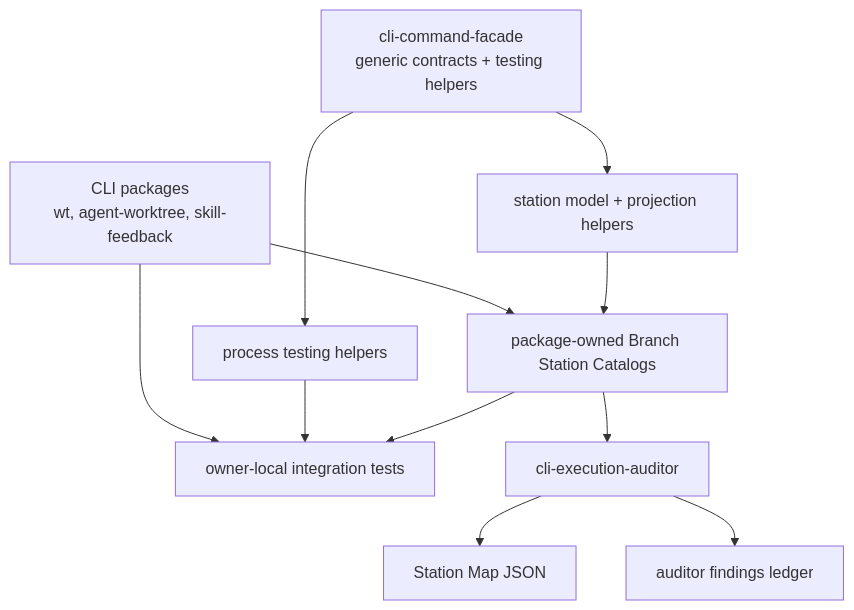
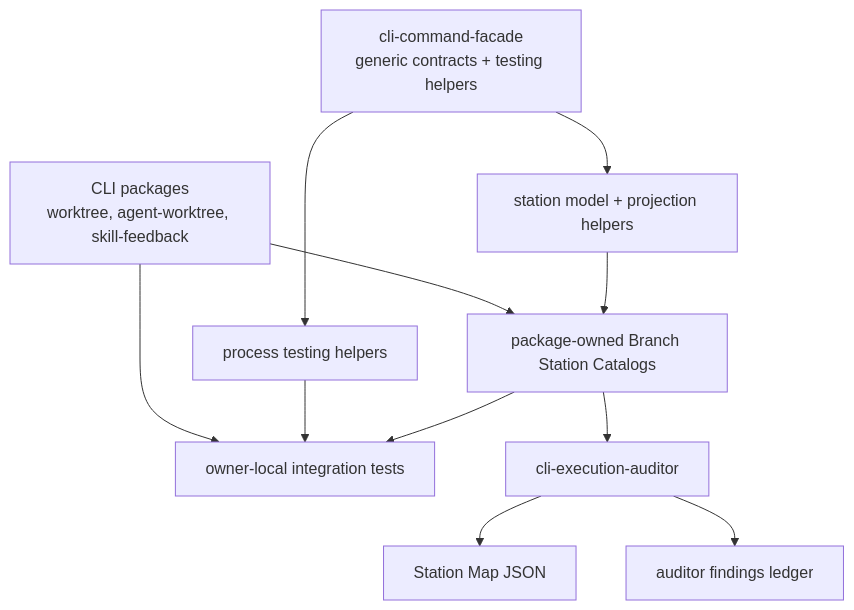
Before and after one commit to nathanvale/claude-code-config: the first of 3 diagrams in docs/plans/2026-06-15-002-feat-cli-branch-station-maps-plan.md, drawn with Mermaid. The commit also changed other lines of this file and 49 other files, not shown here.

````diff
--- a/docs/plans/2026-06-15-002-feat-cli-branch-station-maps-plan.md
+++ b/docs/plans/2026-06-15-002-feat-cli-branch-station-maps-plan.md
@@ -116,13 +116,13 @@
 ```mermaid
 flowchart TB
   Facade["cli-command-facade<br/>generic contracts + testing helpers"] --> Process["process testing helpers"]
   Facade --> StationShape["station model + projection helpers"]
-  Packages["CLI packages<br/>wt, agent-worktree, skill-feedback"] --> Catalogs["package-owned Branch Station Catalogs"]
+  Packages["CLI packages<br/>worktree, agent-worktree, skill-feedback"] --> Catalogs["package-owned Branch Station Catalogs"]
   Packages --> LocalTests["owner-local integration tests"]
   Process --> LocalTests
   StationShape --> Catalogs
   Catalogs --> LocalTests
   Catalogs --> Auditor["cli-execution-auditor"]
   Auditor --> Map["Station Map JSON"]
   Auditor --> Findings["auditor findings ledger"]
 ```
````
